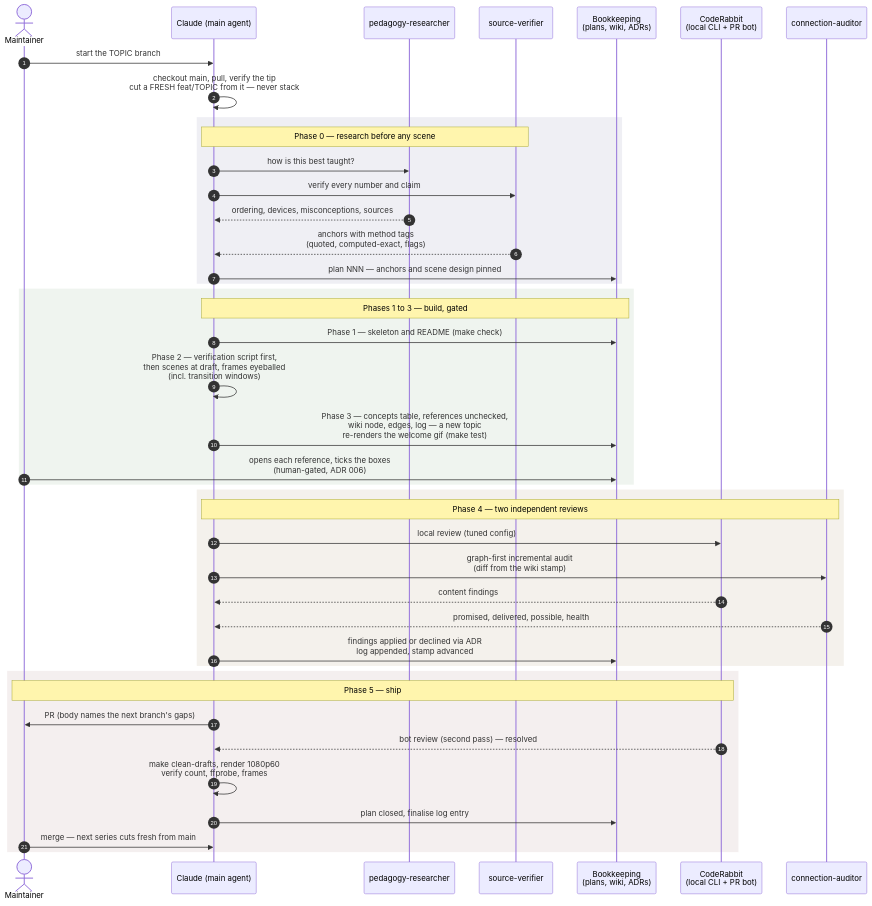
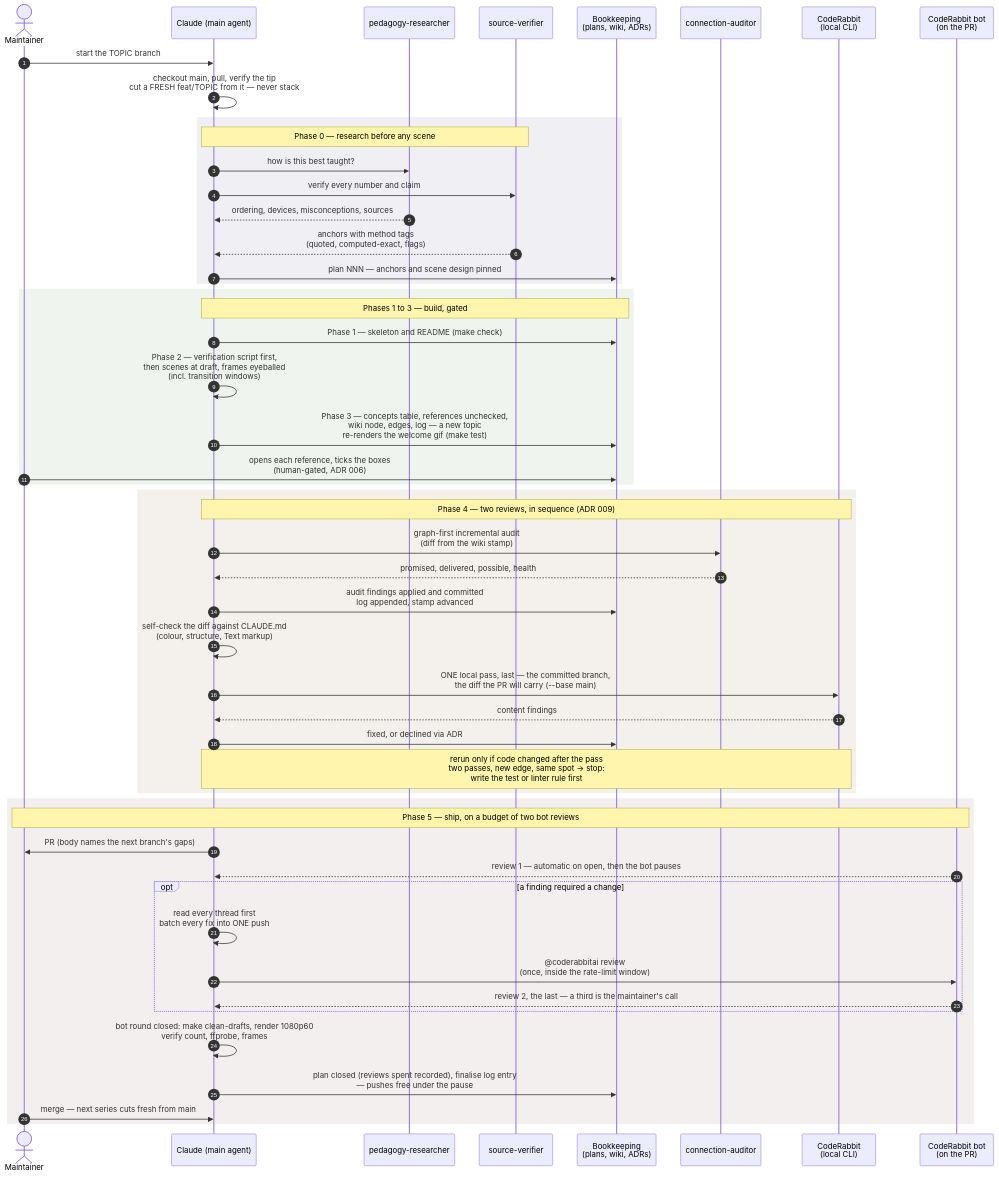
The diagram in docs/workflow.mmd (JohnYanez95/manim-concepts), drawn with Mermaid before and after one commit. The commit also changed 3 other files, not shown here.

Commit message:
plan 018 phase 2: the workflow diagram redrawn — phase 4 in sequence, phase 5 on a budget of two bot reviews

```diff
--- a/docs/workflow.mmd
+++ b/docs/workflow.mmd
@@ -1,47 +1,56 @@
 sequenceDiagram
     autonumber
     actor M as Maintainer
     participant C as Claude (main agent)
     participant PR as pedagogy-researcher
     participant SV as source-verifier
     participant B as Bookkeeping<br/>(plans, wiki, ADRs)
-    participant CR as CodeRabbit<br/>(local CLI + PR bot)
     participant CA as connection-auditor
+    participant CR as CodeRabbit<br/>(local CLI)
+    participant Bot as CodeRabbit bot<br/>(on the PR)
 
     M->>C: start the TOPIC branch
     C->>C: checkout main, pull, verify the tip<br/>cut a FRESH feat/TOPIC from it — never stack
 
     rect rgba(120, 120, 160, 0.12)
         note over C, SV: Phase 0 — research before any scene
         C->>PR: how is this best taught?
         C->>SV: verify every number and claim
         PR-->>C: ordering, devices, misconceptions, sources
         SV-->>C: anchors with method tags<br/>(quoted, computed-exact, flags)
         C->>B: plan NNN — anchors and scene design pinned
     end
 
     rect rgba(120, 160, 120, 0.12)
         note over C, B: Phases 1 to 3 — build, gated
         C->>B: Phase 1 — skeleton and README (make check)
         C->>C: Phase 2 — verification script first,<br/>then scenes at draft, frames eyeballed<br/>(incl. transition windows)
         C->>B: Phase 3 — concepts table, references unchecked,<br/>wiki node, edges, log — a new topic<br/>re-renders the welcome gif (make test)
         M->>B: opens each reference, ticks the boxes<br/>(human-gated, ADR 006)
     end
 
     rect rgba(160, 140, 100, 0.12)
-        note over C, CA: Phase 4 — two independent reviews
-        C->>CR: local review (tuned config)
+        note over C, CR: Phase 4 — two reviews, in sequence (ADR 009)
         C->>CA: graph-first incremental audit<br/>(diff from the wiki stamp)
+        CA-->>C: promised, delivered, possible, health
+        C->>B: audit findings applied and committed<br/>log appended, stamp advanced
+        C->>C: self-check the diff against CLAUDE.md<br/>(colour, structure, Text markup)
+        C->>CR: ONE local pass, last — the committed branch,<br/>the diff the PR will carry (--base main)
         CR-->>C: content findings
-        CA-->>C: promised, delivered, possible, health
-        C->>B: findings applied or declined via ADR<br/>log appended, stamp advanced
+        C->>B: fixed, or declined via ADR
+        note over C, CR: rerun only if code changed after the pass<br/>two passes, new edge, same spot → stop:<br/>write the test or linter rule first
     end
 
     rect rgba(160, 120, 120, 0.12)
-        note over M, CR: Phase 5 — ship
+        note over M, Bot: Phase 5 — ship, on a budget of two bot reviews
         C->>M: PR (body names the next branch's gaps)
-        CR-->>C: bot review (second pass) — resolved
-        C->>C: make clean-drafts, render 1080p60<br/>verify count, ffprobe, frames
-        C->>B: plan closed, finalise log entry
+        Bot-->>C: review 1 — automatic on open, then the bot pauses
+        opt a finding required a change
+            C->>C: read every thread first<br/>batch every fix into ONE push
+            C->>Bot: @coderabbitai review<br/>(once, inside the rate-limit window)
+            Bot-->>C: review 2, the last — a third is the maintainer's call
+        end
+        C->>C: bot round closed: make clean-drafts, render 1080p60<br/>verify count, ffprobe, frames
+        C->>B: plan closed (reviews spent recorded), finalise log entry<br/>— pushes free under the pause
         M->>C: merge — next series cuts fresh from main
     end
```
